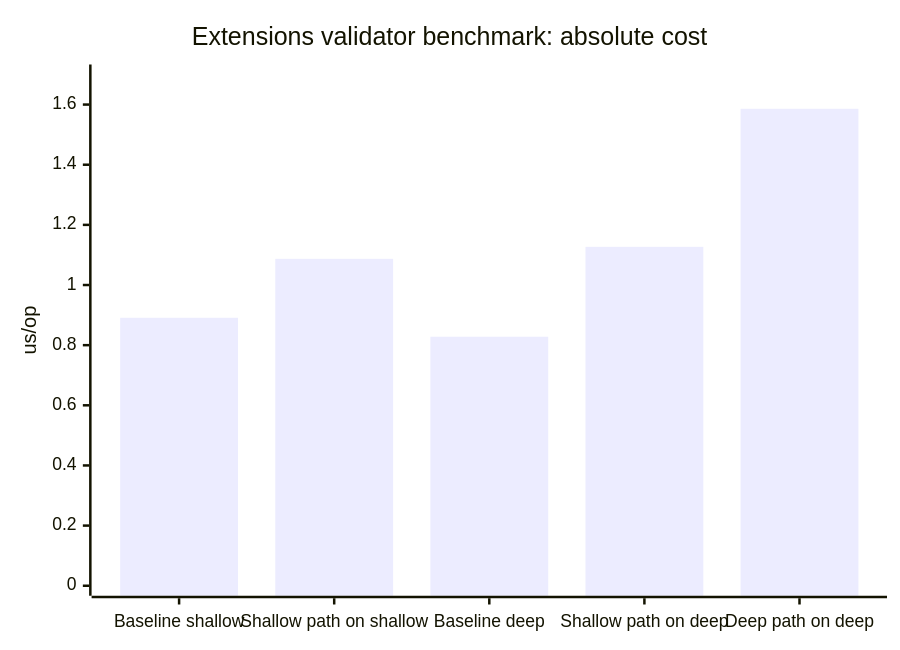
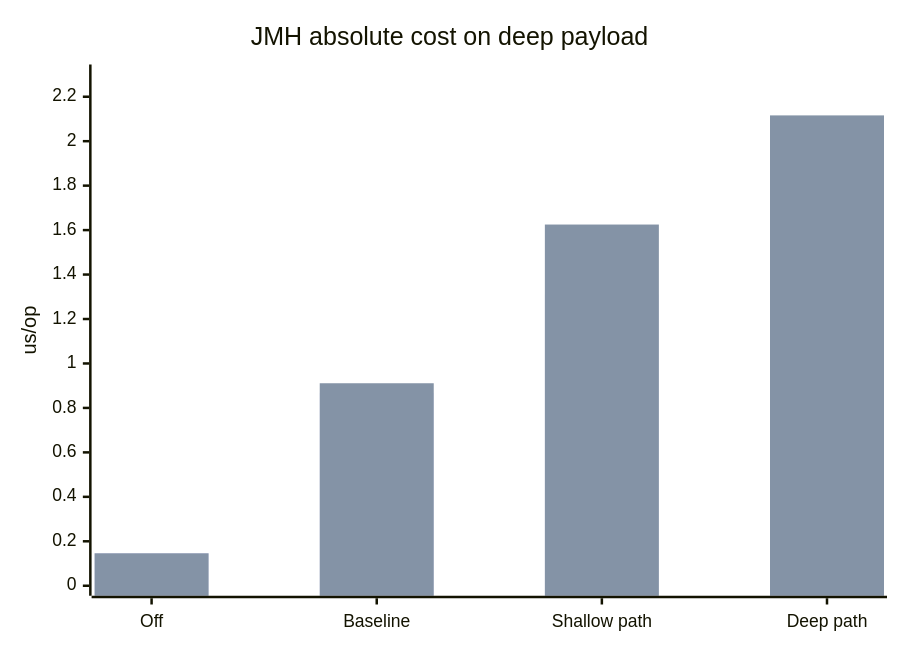
Before and after one commit to hectorad/bean-validation: the first of 3 diagrams in complete/docs/extensions-validator-benchmark-report.md, drawn with Mermaid. The commit also changed other lines of this file and 13 other files, not shown here.

Commit message:
Expand extensions validator perf benchmarks and HTTP coverage

````diff
--- a/complete/docs/extensions-validator-benchmark-report.md
+++ b/complete/docs/extensions-validator-benchmark-report.md
@@ -24,7 +33,8 @@
 ```mermaid
 xychart-beta
-    title "Extensions validator benchmark: absolute cost"
-    x-axis ["Baseline shallow","Shallow path on shallow","Baseline deep","Shallow path on deep","Deep path on deep"]
-    y-axis "us/op" 0 --> 1.7
-    bar [0.891, 1.087, 0.828, 1.127, 1.586]
+    title "JMH absolute cost on deep payload"
+    x-axis ["Off","Baseline","Shallow path","Deep path"]
+    y-axis "us/op" 0 --> 2.3
+    bar "Map" [0.147, 0.867, 1.311, 1.810]
+    bar "Raw JSON" [0.146, 0.911, 1.625, 2.116]
 ```
````
